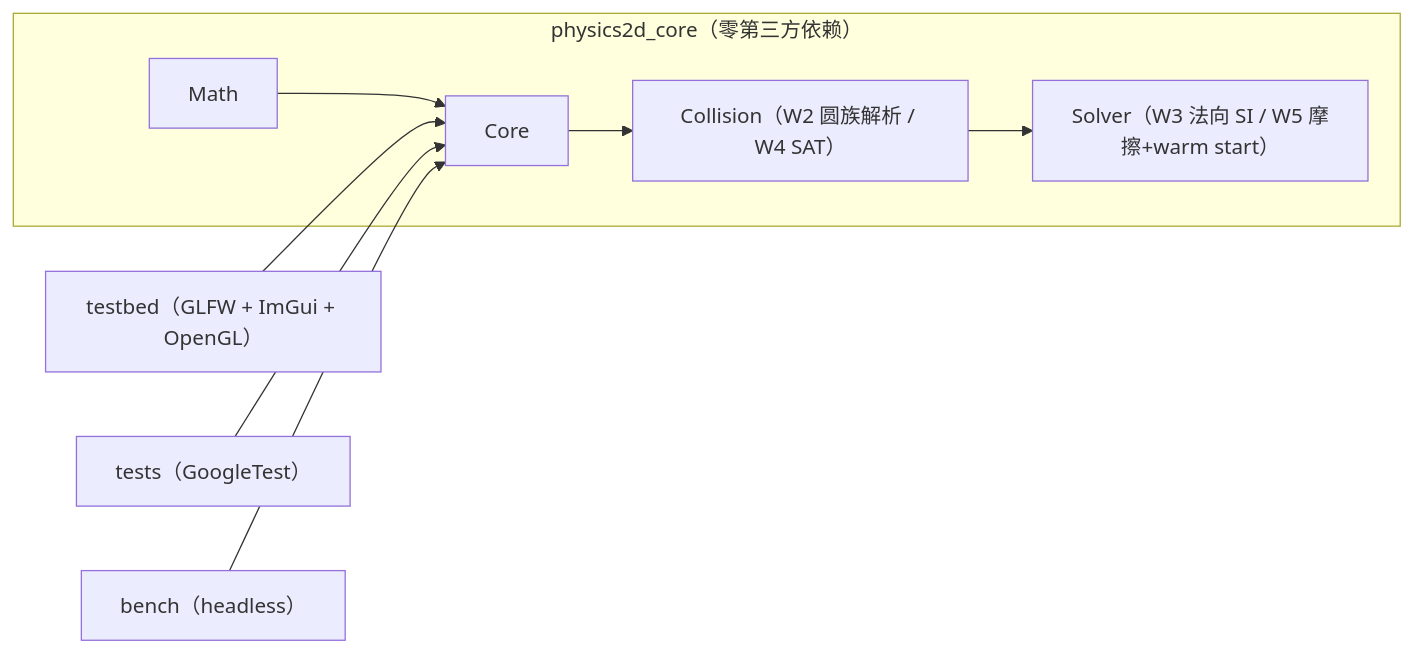
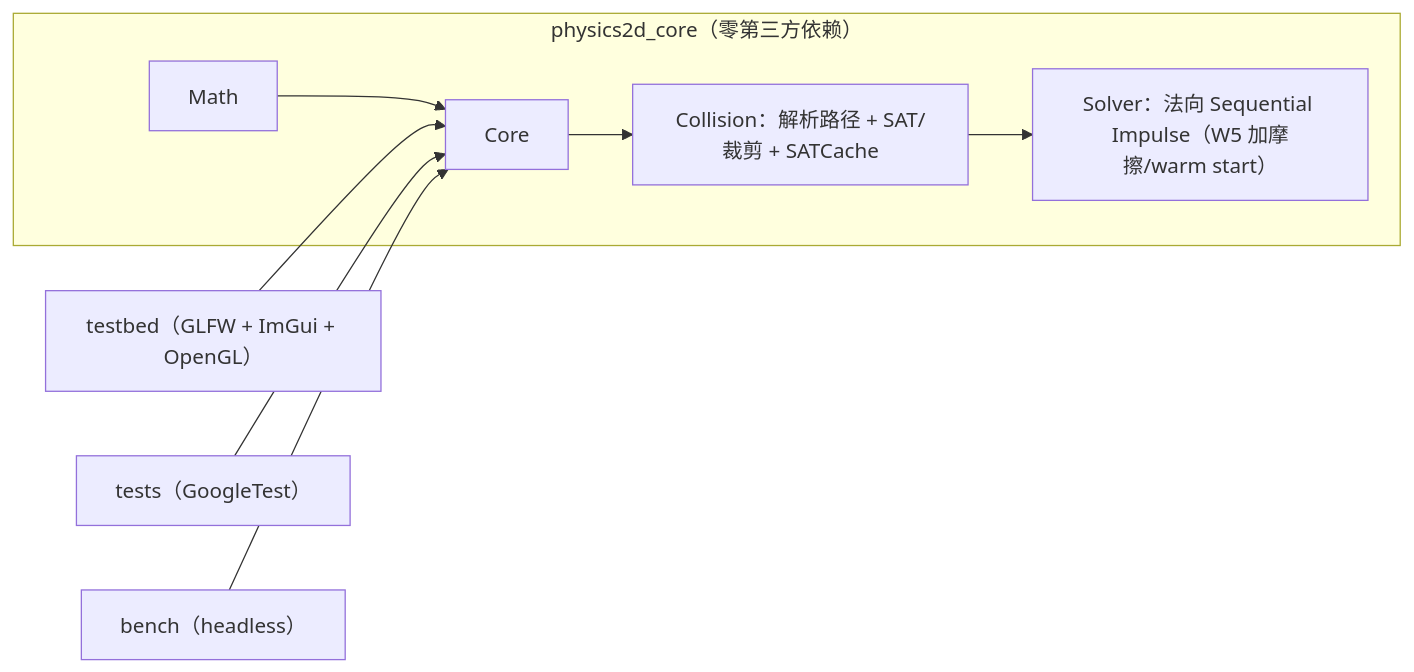
The diagram in README.md (baisctong/Physics2D), drawn with Mermaid before and after one commit. The commit also changed other lines of this file and 6 other files, not shown here.

First line of the commit message:
docs: Week 4 SAT architecture, interface statuses, devlog and Week 5 handoff

````diff
--- a/README.md
+++ b/README.md
@@ -60,11 +60,11 @@
 ```mermaid
 flowchart LR
     subgraph L1["physics2d_core（零第三方依赖）"]
         M["Math"] --> C["Core"]
-        C --> Col["Collision（W2 圆族解析 / W4 SAT）"]
-        Col --> S["Solver（W3 法向 SI / W5 摩擦+warm start）"]
+        C --> Col["Collision：解析路径 + SAT/裁剪 + SATCache"]
+        Col --> S["Solver：法向 Sequential Impulse（W5 加摩擦/warm start）"]
     end
     TB["testbed（GLFW + ImGui + OpenGL）"] --> C
     T["tests（GoogleTest）"] --> C
     B["bench（headless）"] --> C
 ```
````
